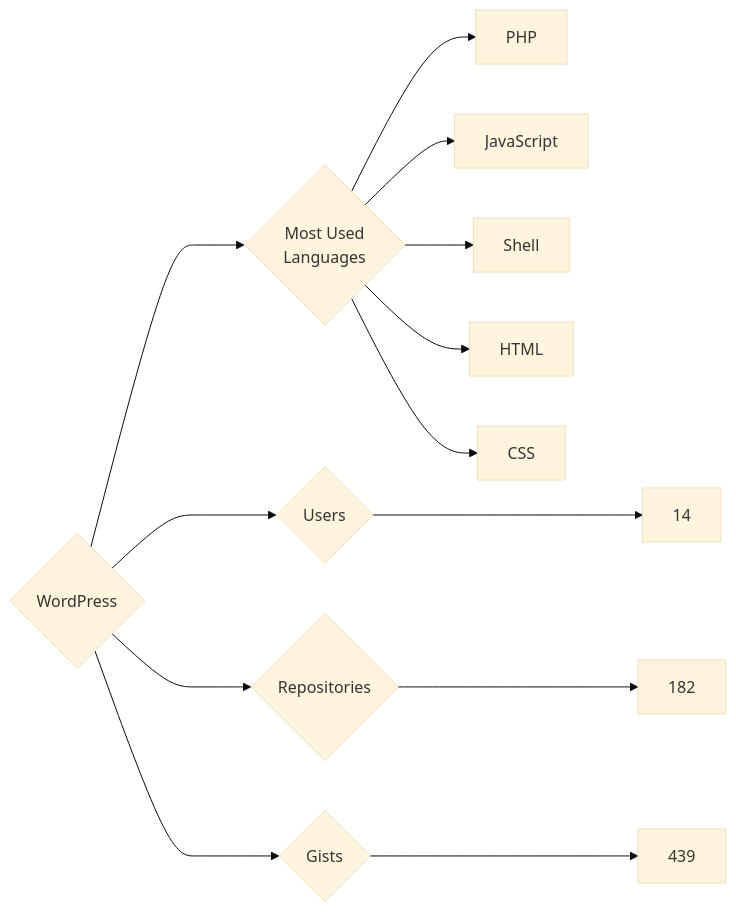
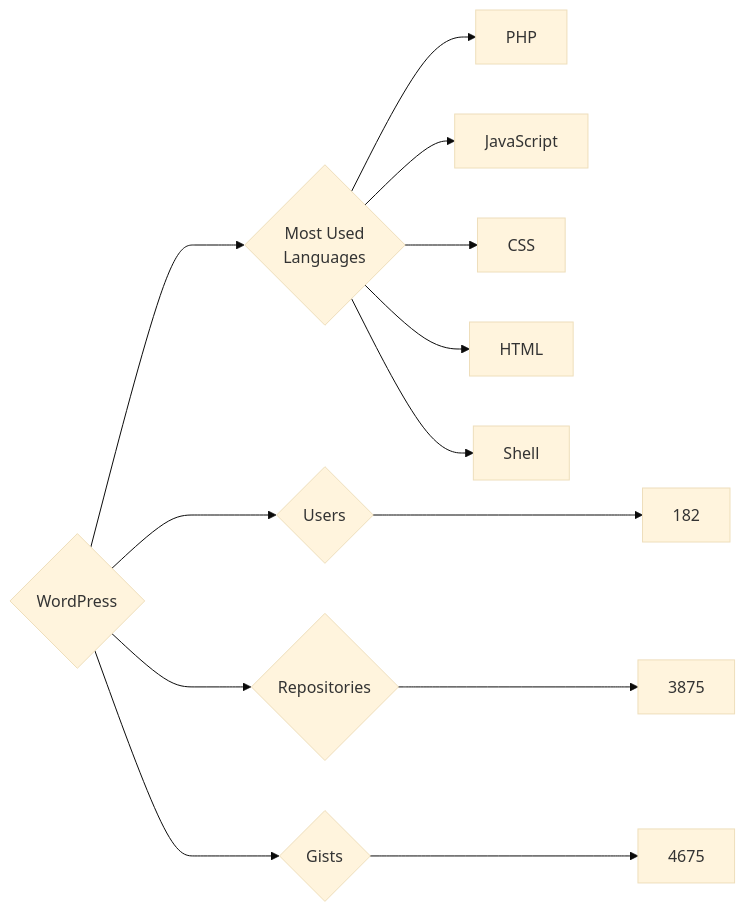
Before and after one commit to trickest/insiders: the diagram in targets/WordPress/README.md, drawn with Mermaid (base theme). The commit also changed 860 other files, not shown here.

````diff
--- a/targets/WordPress/README.md
+++ b/targets/WordPress/README.md
@@ -3,13 +3,13 @@
 ```mermaid
 graph LR
 COMPANY_NAME{WordPress}
-COMPANY_NAME ---> U{Users} ---> UN[14]
-COMPANY_NAME ---> R{Repositories} ---> RN[182]
-COMPANY_NAME ---> G{Gists} ---> GN[439]
+COMPANY_NAME ---> U{Users} ---> UN[182]
+COMPANY_NAME ---> R{Repositories} ---> RN[3875]
+COMPANY_NAME ---> G{Gists} ---> GN[4675]
 COMPANY_NAME ---> ML{Most Used<br>Languages}
 ML --> PHP[PHP]
 ML --> JavaScript[JavaScript]
+ML --> CSS[CSS]
+ML --> HTML[HTML]
 ML --> Shell[Shell]
-ML --> HTML[HTML]
-ML --> CSS[CSS]
 ```
````
